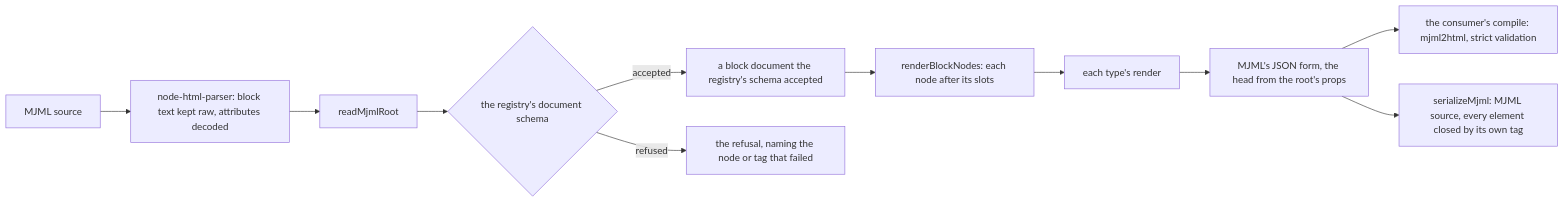
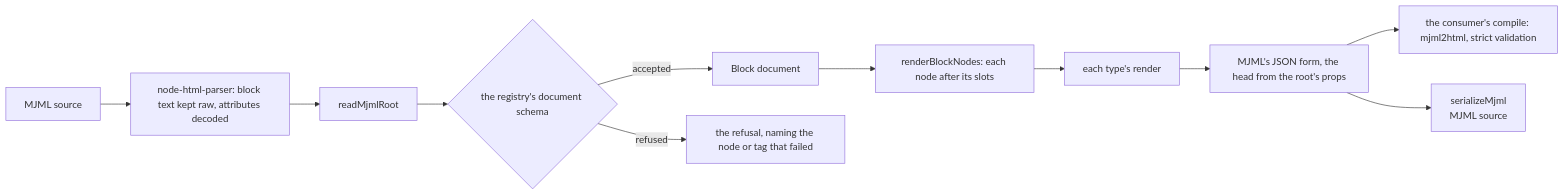
Before and after one commit to Esposter/Esposter: the diagram in openspec/specs/mjml-blocks/README.md, drawn with Mermaid. The commit also changed 6 other files, not shown here.

````diff
--- a/openspec/specs/mjml-blocks/README.md
+++ b/openspec/specs/mjml-blocks/README.md
@@ -11,13 +11,13 @@
 ```mermaid
 flowchart LR
-  DOC["a block document the registry's schema accepted"] --> FOLD["renderBlockNodes: each node after its slots"]
+  DOC["Block document"] --> FOLD["renderBlockNodes: each node after its slots"]
   FOLD --> NODE["each type's render"]
   NODE --> JSON["MJML's JSON form, the head from the root's props"]
   JSON --> COMPILE["the consumer's compile: mjml2html, strict validation"]
-  JSON --> SERIAL["serializeMjml: MJML source, every element closed by its own tag"]
+  JSON --> SERIAL["serializeMjml<br/>MJML source"]
   SOURCE["MJML source"] --> PARSE["node-html-parser: block text kept raw, attributes decoded"]
   PARSE --> MAP["readMjmlRoot"]
   MAP --> SCHEMA{"the registry's document schema"}
   SCHEMA -->|accepted| DOC
   SCHEMA -->|refused| ERR["the refusal, naming the node or tag that failed"]
 ```
````
